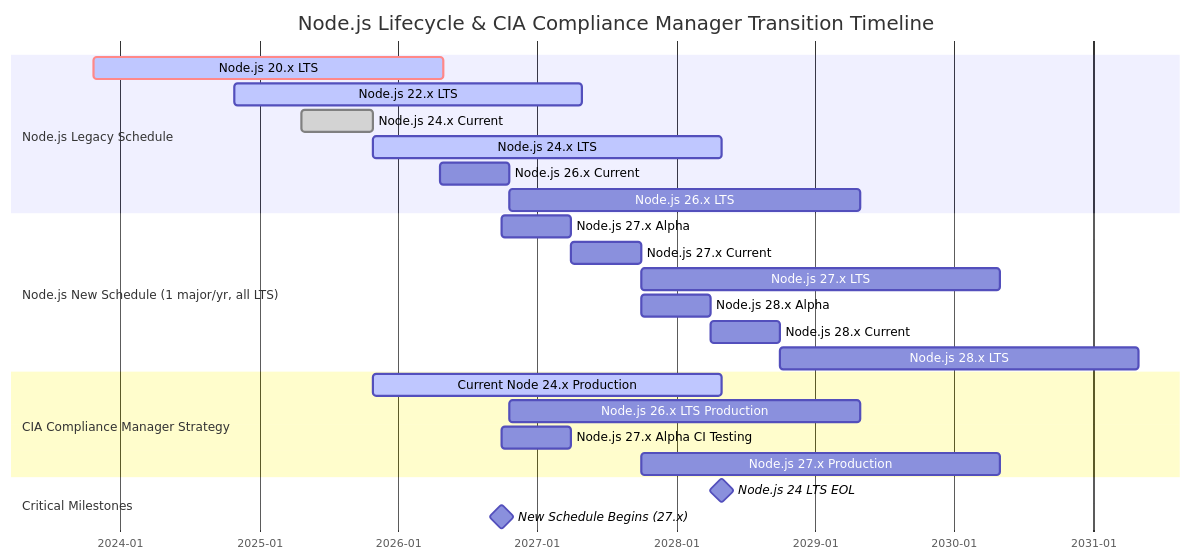
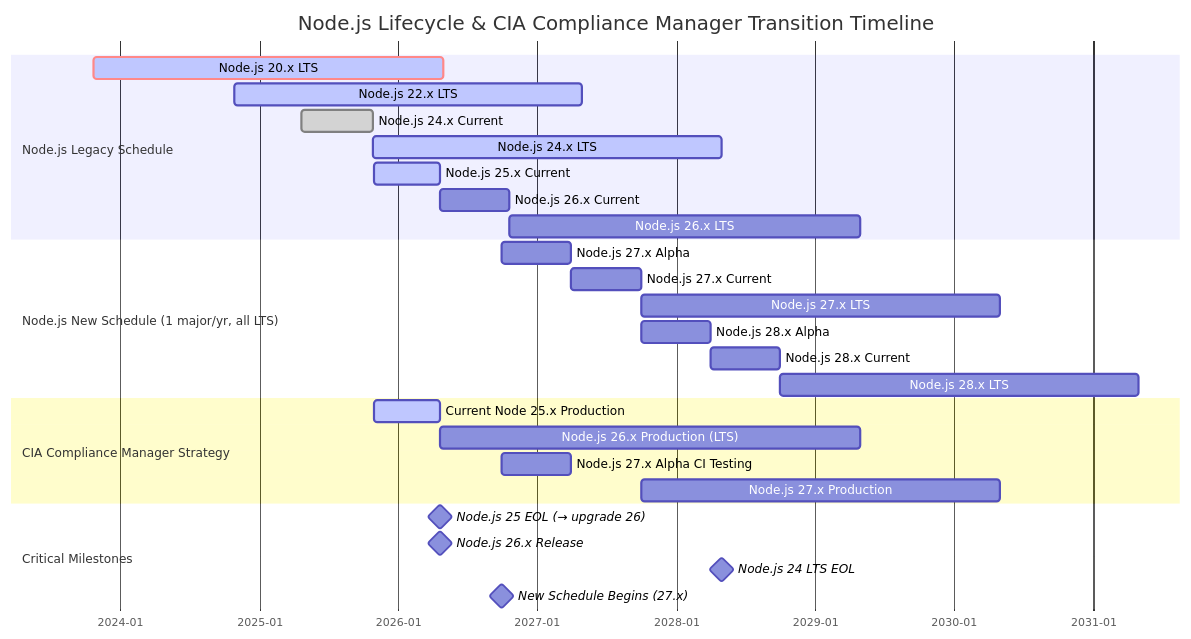
One commit to Hack23/cia-compliance-manager changed the second of 9 diagrams in docs/End-of-Life-Strategy.md. Above: the diagram before and after it, drawn with Mermaid. The commit also changed other lines of this file and 11 other files, not shown here.

````diff
--- a/docs/End-of-Life-Strategy.md
+++ b/docs/End-of-Life-Strategy.md
@@ -170,32 +170,35 @@
 ```mermaid
 gantt
     title Node.js Lifecycle & CIA Compliance Manager Transition Timeline
     dateFormat YYYY-MM-DD
     axisFormat %Y-%m
 
     section Node.js Legacy Schedule
     Node.js 20.x LTS           :crit, active, node20lts, 2023-10-24, 2026-04-30
     Node.js 22.x LTS           :active, node22lts, 2024-10-29, 2027-04-30
     Node.js 24.x Current       :done, node24cur, 2025-04-22, 2025-10-28
     Node.js 24.x LTS           :active, node24lts, 2025-10-28, 2028-04-30
+    Node.js 25.x Current       :active, node25cur, 2025-10-29, 2026-04-21
     Node.js 26.x Current       :node26cur, 2026-04-21, 2026-10-20
     Node.js 26.x LTS           :node26lts, 2026-10-20, 2029-04-30
 
     section Node.js New Schedule (1 major/yr, all LTS)
     Node.js 27.x Alpha         :node27a, 2026-10-01, 2027-03-31
     Node.js 27.x Current       :node27cur, 2027-04-01, 2027-10-01
     Node.js 27.x LTS           :node27lts, 2027-10-01, 2030-04-30
     Node.js 28.x Alpha         :node28a, 2027-10-01, 2028-03-31
     Node.js 28.x Current       :node28cur, 2028-04-01, 2028-10-01
     Node.js 28.x LTS           :node28lts, 2028-10-01, 2031-04-30
 
     section CIA Compliance Manager Strategy
-    Current Node 24.x Production :active, cm24prod, 2025-10-28, 2028-04-30
-    Node.js 26.x LTS Production  :cm26prod, 2026-10-20, 2029-04-30
+    Current Node 25.x Production :active, cm25prod, 2025-10-29, 2026-04-21
+    Node.js 26.x Production (LTS):cm26prod, 2026-04-21, 2029-04-30
     Node.js 27.x Alpha CI Testing:cm27alpha, 2026-10-01, 2027-04-01
     Node.js 27.x Production      :cm27prod, 2027-10-01, 2030-04-30
 
     section Critical Milestones
-    Node.js 24 LTS EOL          :milestone, node24eol, 2028-04-30, 0d
-    New Schedule Begins (27.x)  :milestone, newschedule, 2026-10-01, 0d
+    Node.js 25 EOL (→ upgrade 26) :milestone, node25eol, 2026-04-21, 0d
+    Node.js 26.x Release          :milestone, node26rel, 2026-04-21, 0d
+    Node.js 24 LTS EOL            :milestone, node24eol, 2028-04-30, 0d
+    New Schedule Begins (27.x)    :milestone, newschedule, 2026-10-01, 0d
 ```
````
